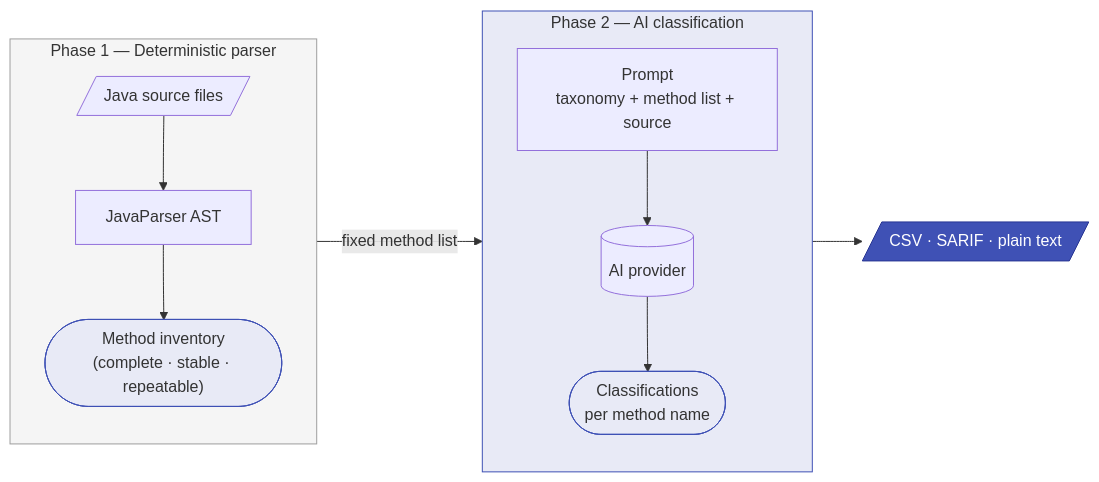
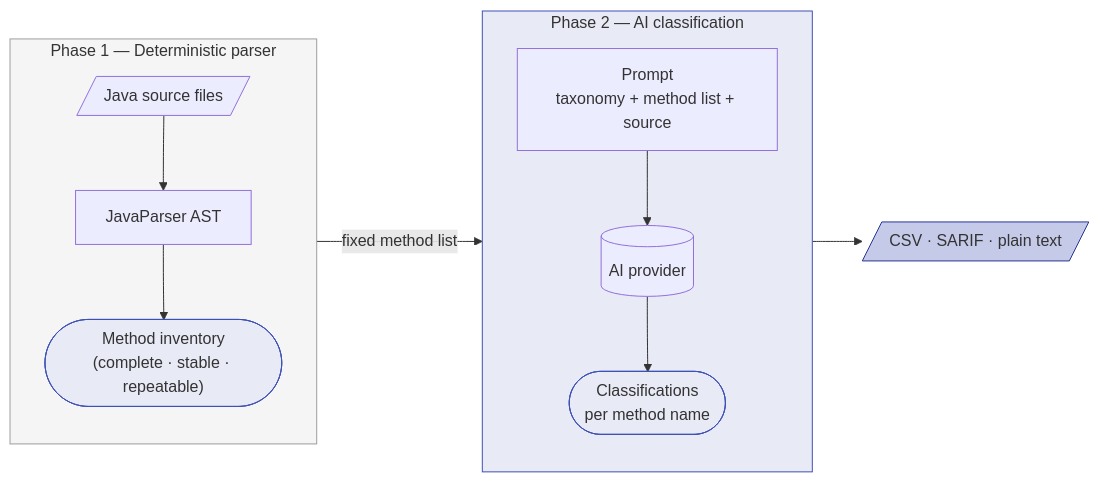
One commit to Accenture/MethodAtlas changed the second of 2 diagrams in docs/why-methodatlas.md. Above: the diagram before and after it, drawn with Mermaid. The commit also changed other lines of this file and 1 other file, not shown here.

Commit message:
fix(docs): replace dark-blue node fill with readable light indigo in diagrams
Dark blue (#3f51b5) Mermaid nodes had black text rendered over them despite
color:#fff being set, because the MkDocs Material / Mermaid renderer did not
reliably apply the color attribute. Changed fill to #c5cae9 (Indigo 100) so
black text is naturally readable without relying on a color override.

````diff
--- a/docs/why-methodatlas.md
+++ b/docs/why-methodatlas.md
@@ -70,20 +70,20 @@
 ```mermaid
 flowchart LR
     subgraph p1["Phase 1 — Deterministic parser"]
         direction TB
         SRC[/"Java source files"/] --> AST["JavaParser AST"]
         AST --> ML(["Method inventory\n(complete · stable · repeatable)"])
     end
     subgraph p2["Phase 2 — AI classification"]
         direction TB
         PRM["Prompt\ntaxonomy + method list + source"] --> AI[("AI provider")]
         AI --> CL(["Classifications\nper method name"])
     end
     ML -->|"fixed method list"| PRM
     CL --> OUT[/"CSV · SARIF · plain text"/]
     style p1 fill:#f5f5f5,stroke:#9e9e9e
     style p2 fill:#e8eaf6,stroke:#3f51b5
     style ML fill:#e8eaf6,stroke:#3f51b5
     style CL fill:#e8eaf6,stroke:#3f51b5
-    style OUT fill:#3f51b5,color:#fff,stroke:#283593
+    style OUT fill:#c5cae9,stroke:#283593
 ```
````
